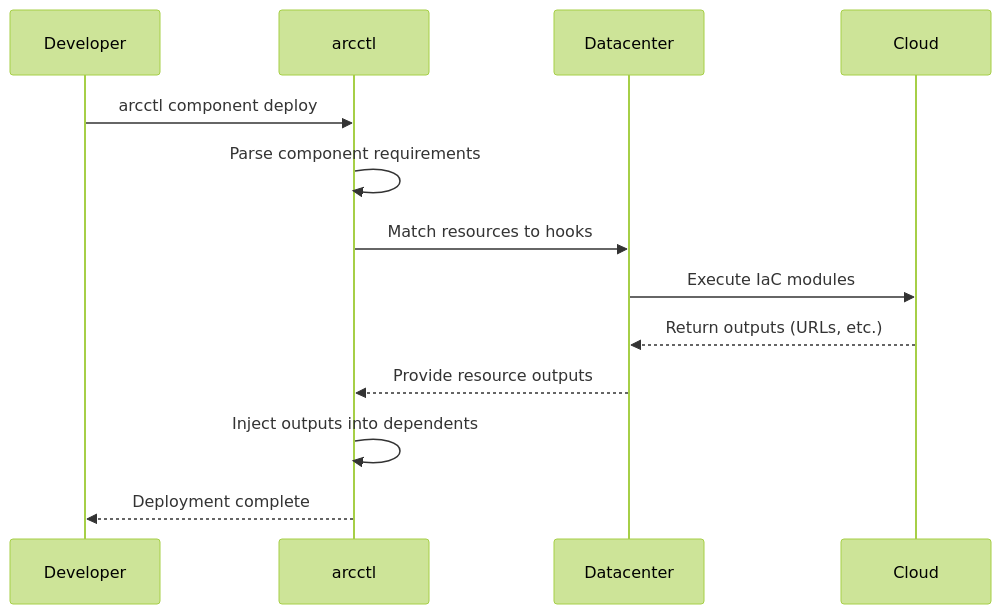
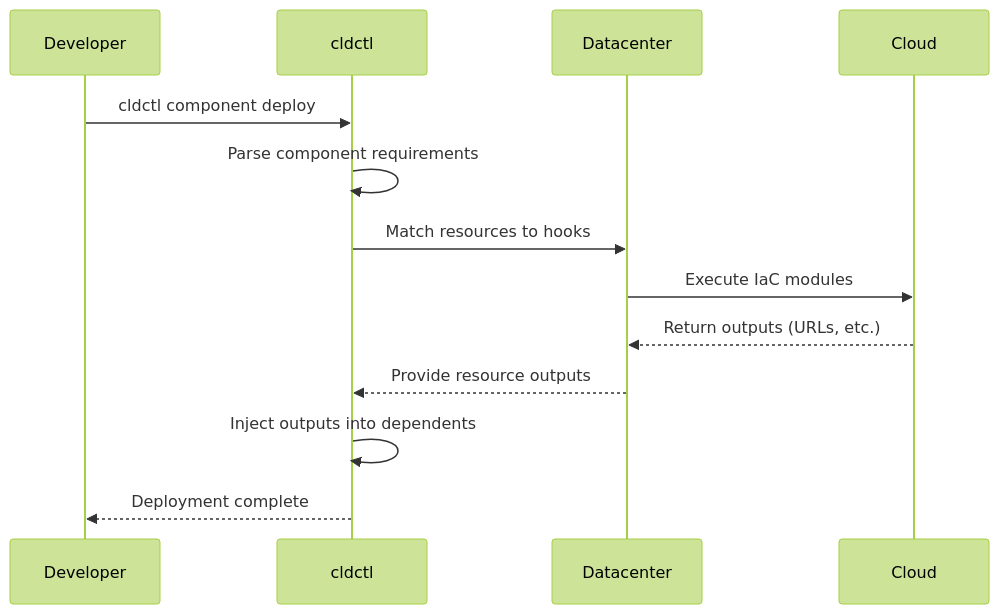
Before and after one commit to davidthor/arcctl: the diagram in docs/concepts/overview.mdx, drawn with Mermaid (forest theme). The commit also changed other lines of this file and 441 other files, not shown here.

````diff
--- a/docs/concepts/overview.mdx
+++ b/docs/concepts/overview.mdx
@@ -136,16 +136,16 @@
 ```mermaid
 sequenceDiagram
     participant D as Developer
-    participant A as arcctl
+    participant A as cldctl
     participant DC as Datacenter
     participant C as Cloud
 
-    D->>A: arcctl component deploy
+    D->>A: cldctl component deploy
     A->>A: Parse component requirements
     A->>DC: Match resources to hooks
     DC->>C: Execute IaC modules
     C-->>DC: Return outputs (URLs, etc.)
     DC-->>A: Provide resource outputs
     A->>A: Inject outputs into dependents
     A-->>D: Deployment complete
 ```
````
